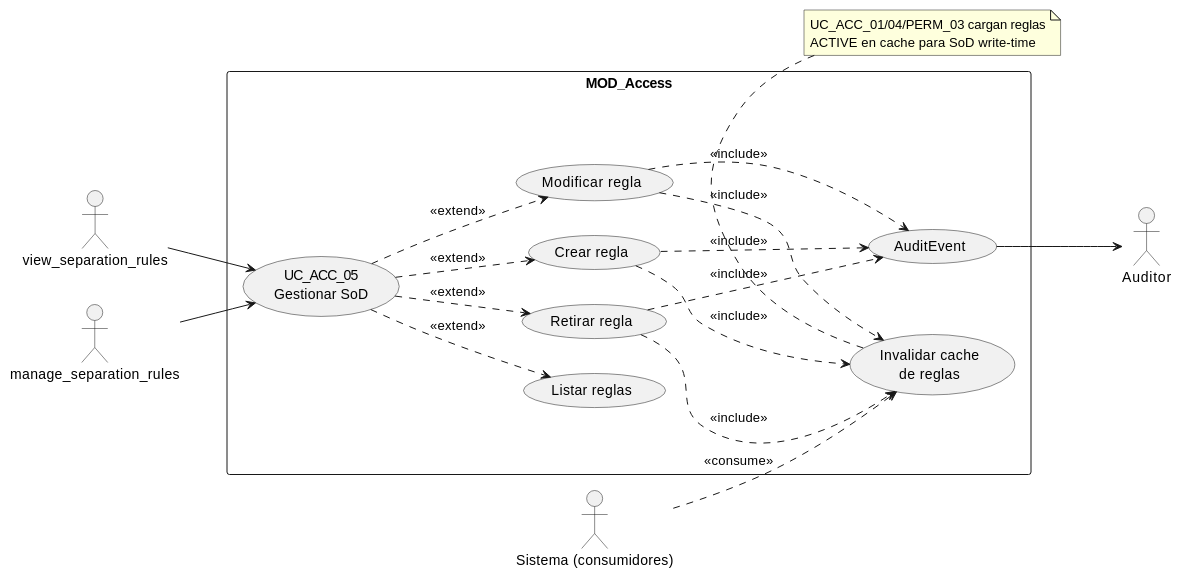
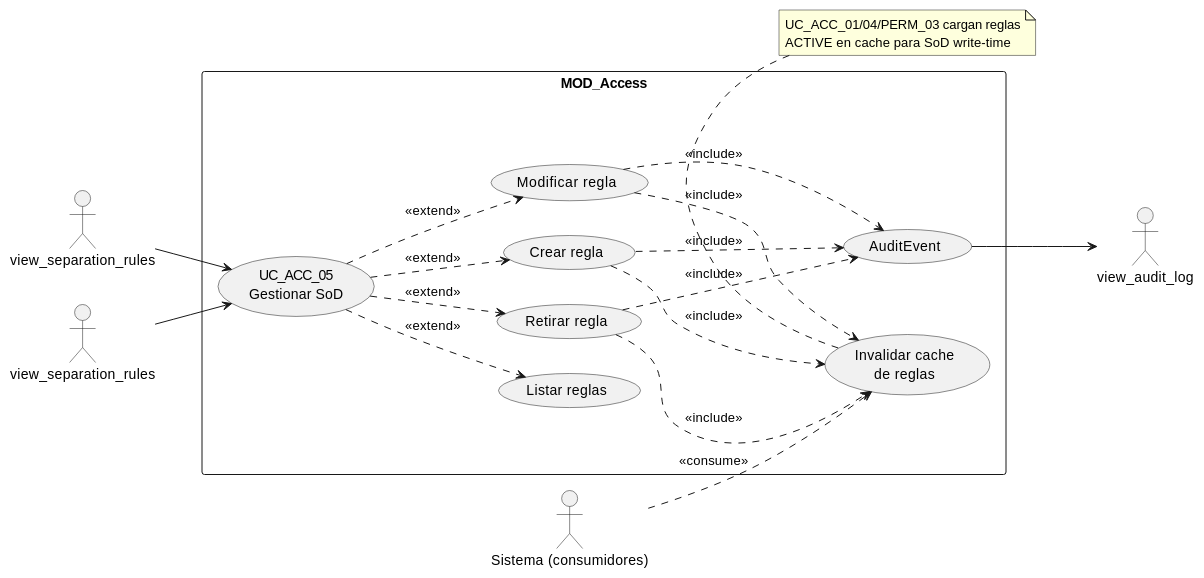
Before and after one commit to jcg-admin/IACT-docs: the first of 4 diagrams in source/requisitos/casos-uso/access/uc-acc-05/diagramas-uml.rst, drawn with PlantUML. The commit also changed other lines of this file and 157 other files, not shown here.

First line of the commit message:
Enforce catalog function names across all diagrams

```diff
--- a/source/requisitos/casos-uso/access/uc-acc-05/diagramas-uml.rst
+++ b/source/requisitos/casos-uso/access/uc-acc-05/diagramas-uml.rst
@@ -10,42 +10,42 @@
 .. uml::
  :caption: UC_ACC_05 — actores y casos asociados
 
  @startuml
  left to right direction
 
  actor "view_separation_rules" as VIEWER
- actor "manage_separation_rules" as MANAGER
- actor "Auditor" as AUD
+ actor "view_separation_rules" as MANAGER
+ actor "view_audit_log" as AUD
  actor "Sistema (consumidores)" as SYS
 
  rectangle "MOD_Access" {
    usecase "UC_ACC_05\nGestionar SoD" as UC05
    usecase "Listar reglas" as LST
    usecase "Crear regla" as UCCRE
    usecase "Modificar regla" as UCMOD
    usecase "Retirar regla" as UCRET
    usecase "AuditEvent" as EMI
    usecase "Invalidar cache\nde reglas" as CACHE
  }
 
  VIEWER --> UC05
  MANAGER --> UC05
  UC05 ..> LST : <<extend>>
  UC05 ..> UCCRE : <<extend>>
  UC05 ..> UCMOD : <<extend>>
  UC05 ..> UCRET : <<extend>>
  UCCRE ..> EMI : <<include>>
  UCMOD ..> EMI : <<include>>
  UCRET ..> EMI : <<include>>
  UCCRE ..> CACHE : <<include>>
  UCMOD ..> CACHE : <<include>>
  UCRET ..> CACHE : <<include>>
  EMI --> AUD
  SYS ..> CACHE : <<consume>>
 
  note bottom of CACHE
    UC_ACC_01/04/PERM_03 cargan reglas
    ACTIVE en cache para SoD write-time
  end note
 
  @enduml
```
